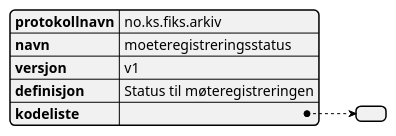
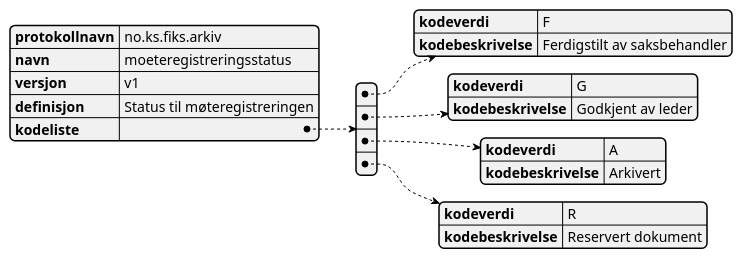
One commit to ks-no/fiks-arkiv-specification changed the diagram in Schema/V1/kodelister/no.ks.fiks.arkiv.v1.kodelister.moeteregistreringsstatus/no.ks.fiks.arkiv.v1.kodelister.moeteregistreringsstatus.puml. Above: the diagram before and after it, drawn with PlantUML. The commit also changed 9 other files, not shown here.

```diff
--- a/Schema/V1/kodelister/no.ks.fiks.arkiv.v1.kodelister.moeteregistreringsstatus/no.ks.fiks.arkiv.v1.kodelister.moeteregistreringsstatus.puml
+++ b/Schema/V1/kodelister/no.ks.fiks.arkiv.v1.kodelister.moeteregistreringsstatus/no.ks.fiks.arkiv.v1.kodelister.moeteregistreringsstatus.puml
@@ -1,10 +1,26 @@
 @startjson
 {
   "protokollnavn": "no.ks.fiks.arkiv",
   "navn": "moeteregistreringsstatus",
   "versjon": "v1",
   "definisjon": "Status til møteregistreringen",
   "kodeliste": [
+    {
+      "kodeverdi" : "F",
+      "kodebeskrivelse" : "Ferdigstilt av saksbehandler"
+    },
+    {
+      "kodeverdi" : "G",
+      "kodebeskrivelse" : "Godkjent av leder"
+    },
+    {
+      "kodeverdi" : "A",
+      "kodebeskrivelse" : "Arkivert"
+    },
+    {
+      "kodeverdi" : "R",
+      "kodebeskrivelse" : "Reservert dokument"
+    }
   ]
 }
 @endjson
```
